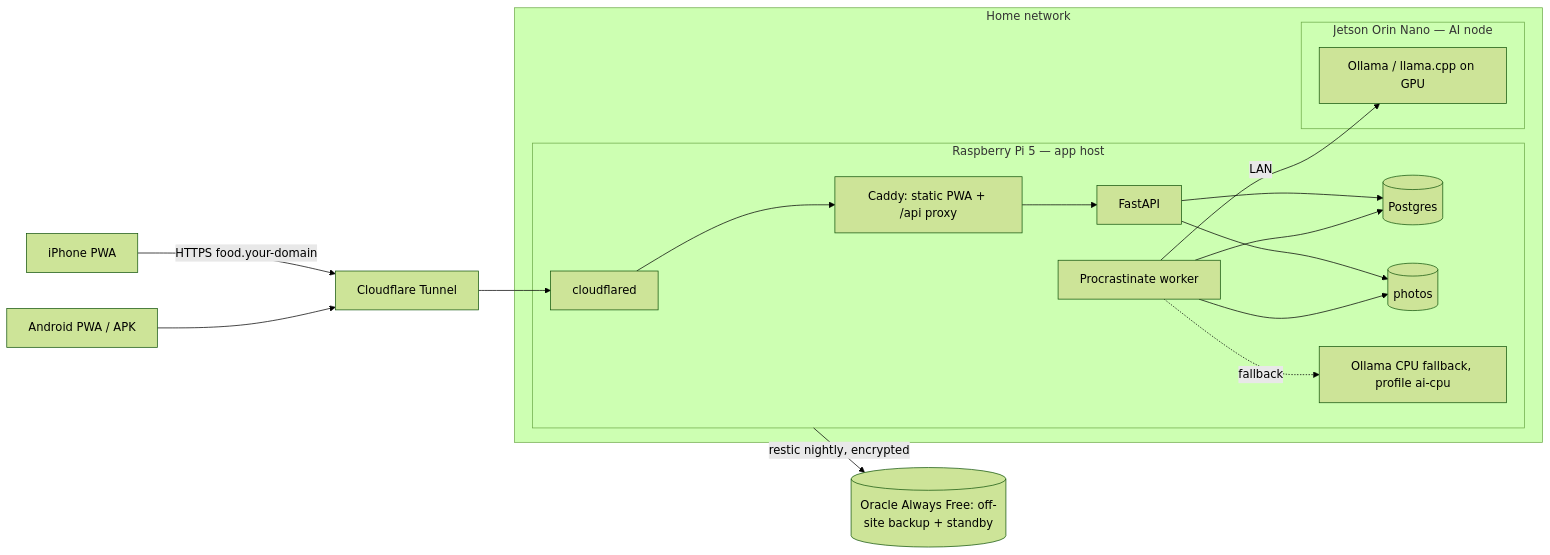
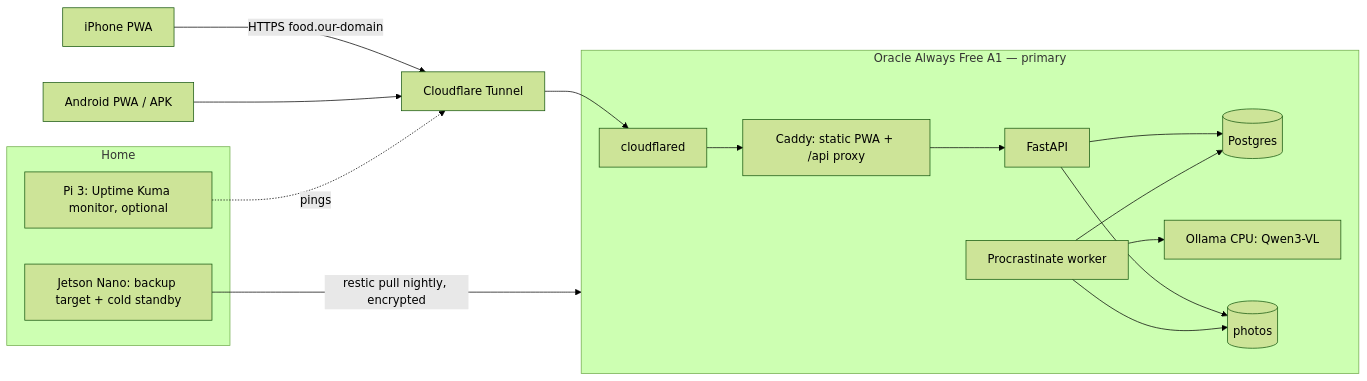
The diagram in docs/design-plan.md (tomi-trost/food-buddy), drawn with Mermaid (forest theme) before and after one commit. The commit also changed other lines of this file and 6 other files, not shown here.

Commit message:
[docs]: Make Oracle primary host, add testing rule

````diff
--- a/docs/design-plan.md
+++ b/docs/design-plan.md
@@ -173,23 +175,21 @@
 ```mermaid
 flowchart LR
-  iphone[iPhone PWA] -->|HTTPS food.your-domain| cf[Cloudflare Tunnel]
+  iphone[iPhone PWA] -->|HTTPS food.our-domain| cf[Cloudflare Tunnel]
   android[Android PWA / APK] --> cf
-  subgraph home[Home network]
-    subgraph pi[Raspberry Pi 5 — app host]
-      cloudflared --> caddy[Caddy: static PWA + /api proxy]
-      caddy --> api[FastAPI]
-      api --> db[(Postgres)]
-      worker[Procrastinate worker] --> db
-      api --> photos[(photos)]
-      worker --> photos
-      ollamaCPU[Ollama CPU fallback, profile ai-cpu]
-    end
-    subgraph jet[Jetson Orin Nano — AI node]
-      ollamaGPU[Ollama / llama.cpp on GPU]
-    end
-    worker -->|LAN| ollamaGPU
-    worker -.fallback.-> ollamaCPU
+  subgraph oracle[Oracle Always Free A1 — primary]
+    cloudflared --> caddy[Caddy: static PWA + /api proxy]
+    caddy --> api[FastAPI]
+    api --> db[(Postgres)]
+    worker[Procrastinate worker] --> db
+    worker --> ollama[Ollama CPU: Qwen3-VL]
+    api --> photos[(photos)]
+    worker --> photos
   end
   cf --> cloudflared
-  pi -->|restic nightly, encrypted| oracle[(Oracle Always Free: off-site backup + standby)]
+  subgraph home[Home]
+    jetson[Jetson Nano: backup target + cold standby]
+    pi[Pi 3: Uptime Kuma monitor, optional]
+  end
+  jetson -->|restic pull nightly, encrypted| oracle
+  pi -.pings.-> cf
 ```
````
